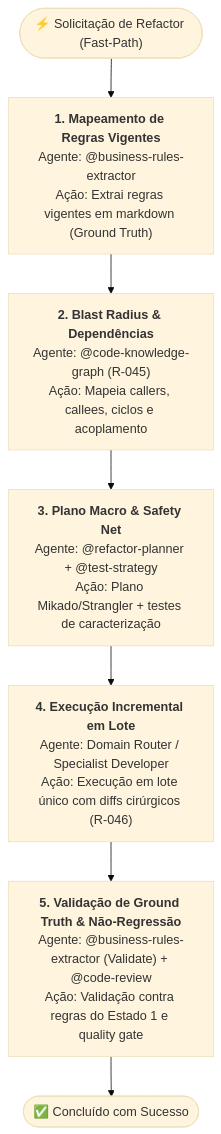
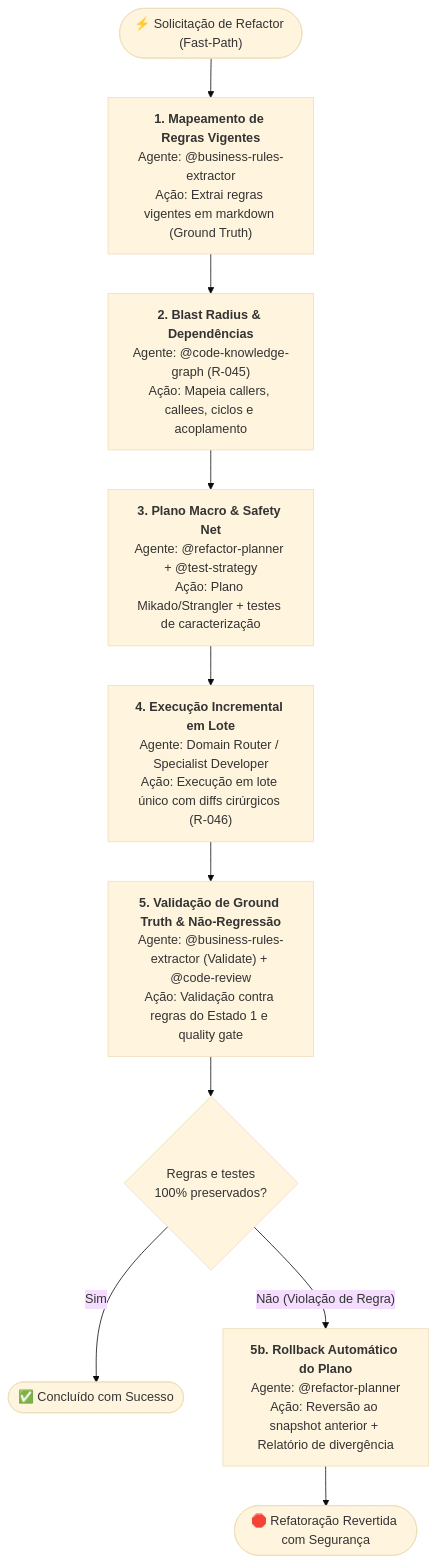
The third of 6 diagrams in .github/agents/workflows.md (jezreel8858/deep-agents-copilot), drawn with Mermaid (base theme) before and after one commit. The commit also changed other lines of this file and 10 other files, not shown here.

````diff
--- a/.github/agents/workflows.md
+++ b/.github/agents/workflows.md
@@ -95,14 +99,17 @@
 ```mermaid
 flowchart TD
     StartRefactor(["⚡ Solicitação de Refactor (Fast-Path)"]) --> GroundTruth["<b>1. Mapeamento de Regras Vigentes</b><br/>Agente: @business-rules-extractor<br/>Ação: Extrai regras vigentes em markdown (Ground Truth)"]
 
     GroundTruth --> BlastRadius["<b>2. Blast Radius & Dependências</b><br/>Agente: @code-knowledge-graph (R-045)<br/>Ação: Mapeia callers, callees, ciclos e acoplamento"]
 
     BlastRadius --> SafetyNetPlan["<b>3. Plano Macro & Safety Net</b><br/>Agente: @refactor-planner + @test-strategy<br/>Ação: Plano Mikado/Strangler + testes de caracterização"]
 
     SafetyNetPlan --> Execution["<b>4. Execução Incremental em Lote</b><br/>Agente: Domain Router / Specialist Developer<br/>Ação: Execução em lote único com diffs cirúrgicos (R-046)"]
 
     Execution --> Validation["<b>5. Validação de Ground Truth & Não-Regressão</b><br/>Agente: @business-rules-extractor (Validate) + @code-review<br/>Ação: Validação contra regras do Estado 1 e quality gate"]
 
-    Validation --> EndRefactor(["✅ Concluído com Sucesso"])
+    Validation --> CheckRefactor{"Regras e testes<br/>100% preservados?"}
+    CheckRefactor -- "Sim" --> EndRefactor(["✅ Concluído com Sucesso"])
+    CheckRefactor -- "Não (Violação de Regra)" --> RefactorRollback["<b>5b. Rollback Automático do Plano</b><br/>Agente: @refactor-planner<br/>Ação: Reversão ao snapshot anterior + Relatório de divergência"]
+    RefactorRollback --> EndRefactorFail(["🛑 Refatoração Revertida com Segurança"])
 ```
````
